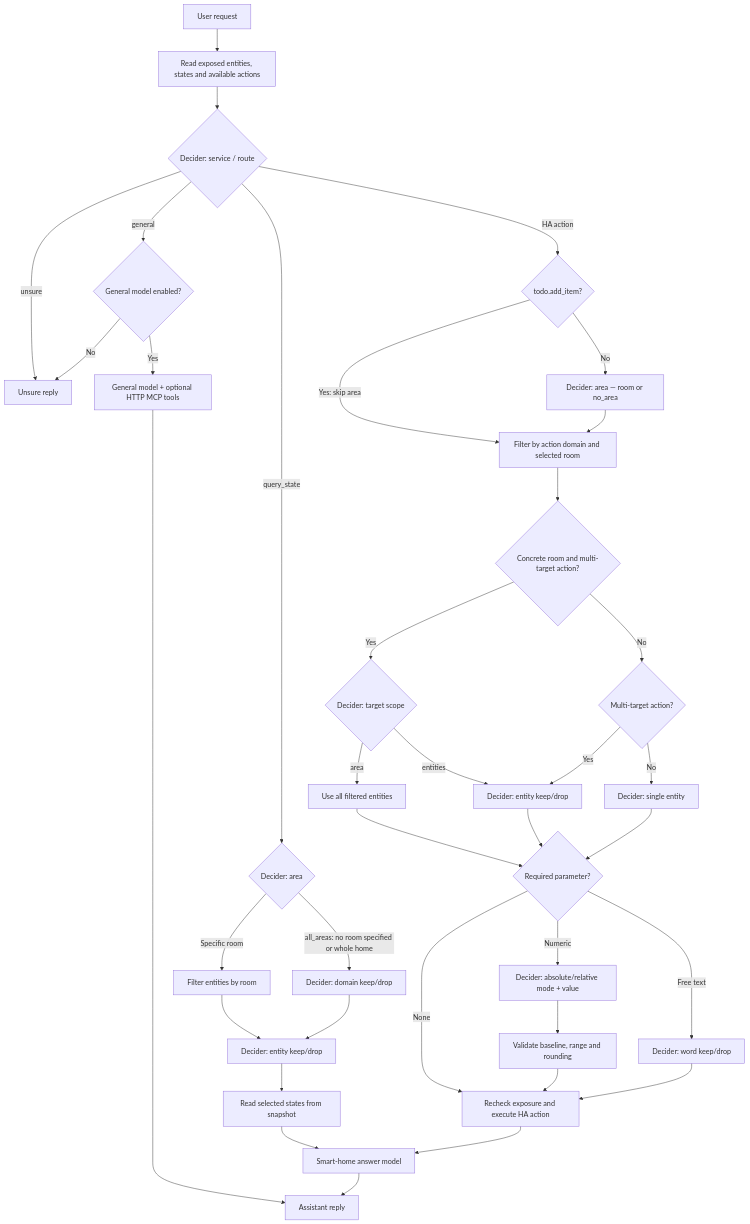
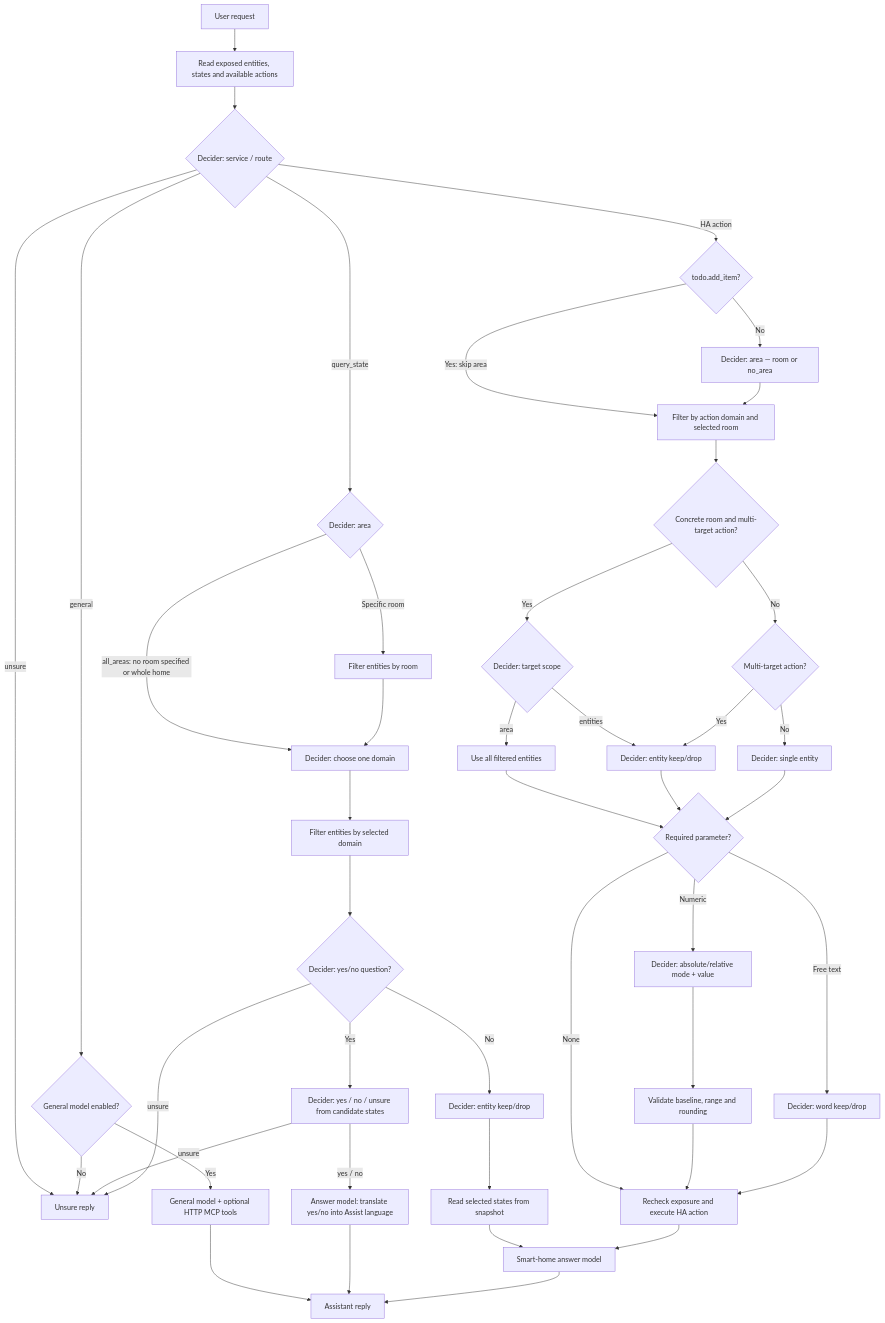
The diagram in decision_flow.mmd (koriwi/GlowAssistant), drawn with Mermaid before and after one commit. The commit also changed 16 other files, not shown here.

Commit message:
put all the info into the question to remove index lookups

```diff
--- a/decision_flow.mmd
+++ b/decision_flow.mmd
@@ -1,43 +1,50 @@
 flowchart TD
     Input["User request"] --> Snapshot["Read exposed entities, states and available actions"]
     Snapshot --> Service{"Decider: service / route"}
 
     Service -->|unsure| Unsure["Unsure reply"]
     Service -->|general| Enabled{"General model enabled?"}
     Enabled -->|No| Unsure
     Enabled -->|Yes| General["General model + optional HTTP MCP tools"]
     General --> Reply["Assistant reply"]
 
     Service -->|query_state| QueryArea{"Decider: area"}
     QueryArea -->|Specific room| Room["Filter entities by room"]
-    QueryArea -->|"all_areas: no room specified or whole home"| Domains["Decider: domain keep/drop"]
-    Room --> QueryTargets["Decider: entity keep/drop"]
-    Domains --> QueryTargets
+    QueryArea -->|"all_areas: no room specified or whole home"| Domains["Decider: choose one domain"]
+    Room --> Domains
+    Domains --> DomainEntities["Filter entities by selected domain"]
+    DomainEntities --> QueryType{"Decider: yes/no question?"}
+    QueryType -->|Yes| BinaryAnswer["Decider: yes / no / unsure from candidate states"]
+    BinaryAnswer -->|unsure| Unsure
+    BinaryAnswer -->|yes / no| Translate["Answer model: translate yes/no into Assist language"]
+    Translate --> Reply
+    QueryType -->|No| QueryTargets["Decider: entity keep/drop"]
+    QueryType -->|unsure| Unsure
     QueryTargets --> States["Read selected states from snapshot"]
     States --> Answer["Smart-home answer model"]
     Answer --> Reply
 
     Service -->|HA action| Todo{"todo.add_item?"}
     Todo -->|"Yes: skip area"| Filter
     Todo -->|No| ActionArea["Decider: area — room or no_area"]
     ActionArea --> Filter["Filter by action domain and selected room"]
 
     Filter --> Shortcut{"Concrete room and multi-target action?"}
     Shortcut -->|Yes| Scope{"Decider: target scope"}
     Scope -->|area| AreaTargets["Use all filtered entities"]
     Scope -->|entities| ActionTargets["Decider: entity keep/drop"]
     Shortcut -->|No| Multiple{"Multi-target action?"}
     Multiple -->|Yes| ActionTargets
     Multiple -->|No| Single["Decider: single entity"]
 
     AreaTargets --> Parameter{"Required parameter?"}
     ActionTargets --> Parameter
     Single --> Parameter
 
     Parameter -->|None| Execute["Recheck exposure and execute HA action"]
     Parameter -->|Numeric| Numeric["Decider: absolute/relative mode + value"]
     Numeric --> Validate["Validate baseline, range and rounding"]
     Validate --> Execute
     Parameter -->|Free text| Text["Decider: word keep/drop"]
     Text --> Execute
     Execute --> Answer
```
